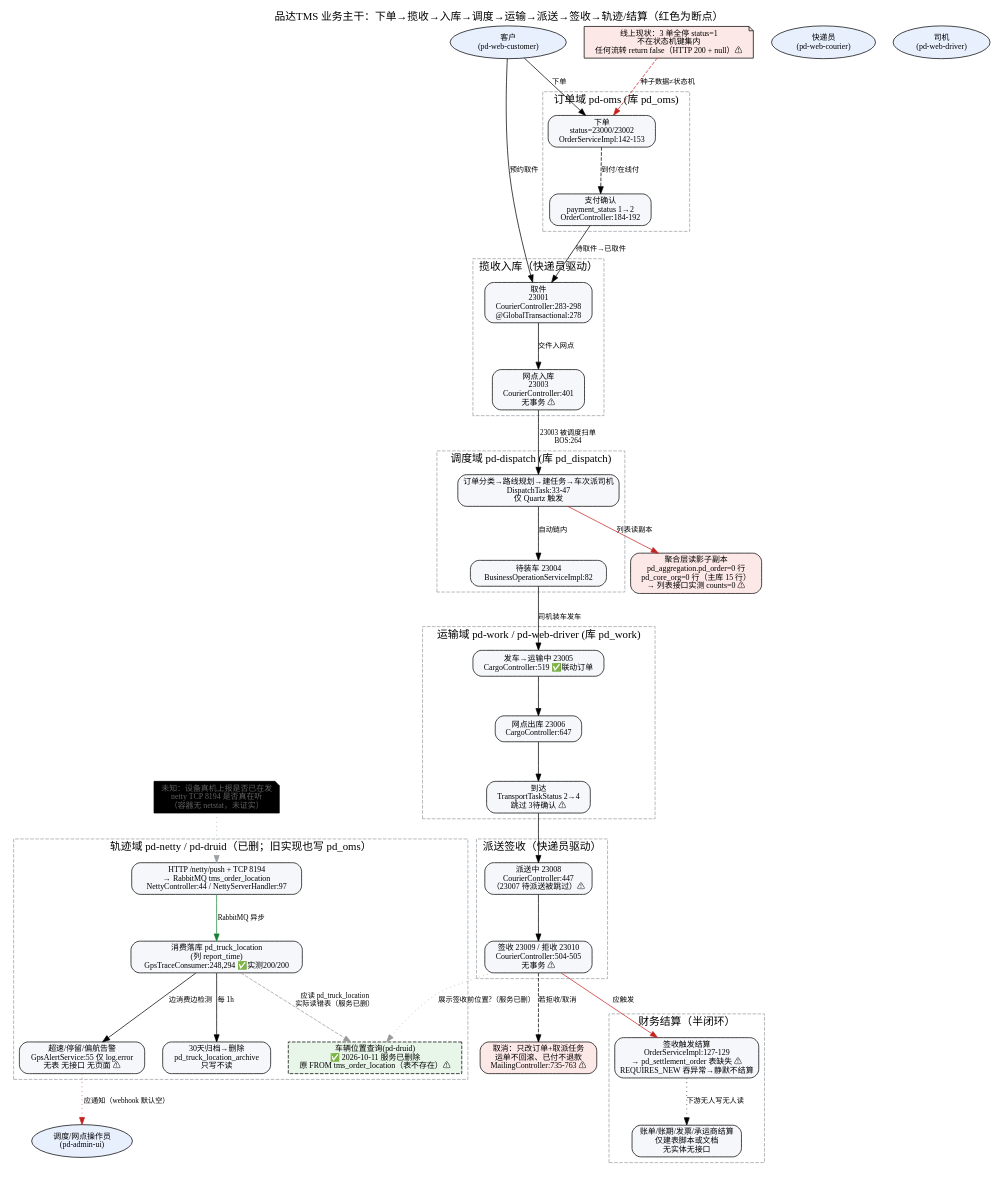
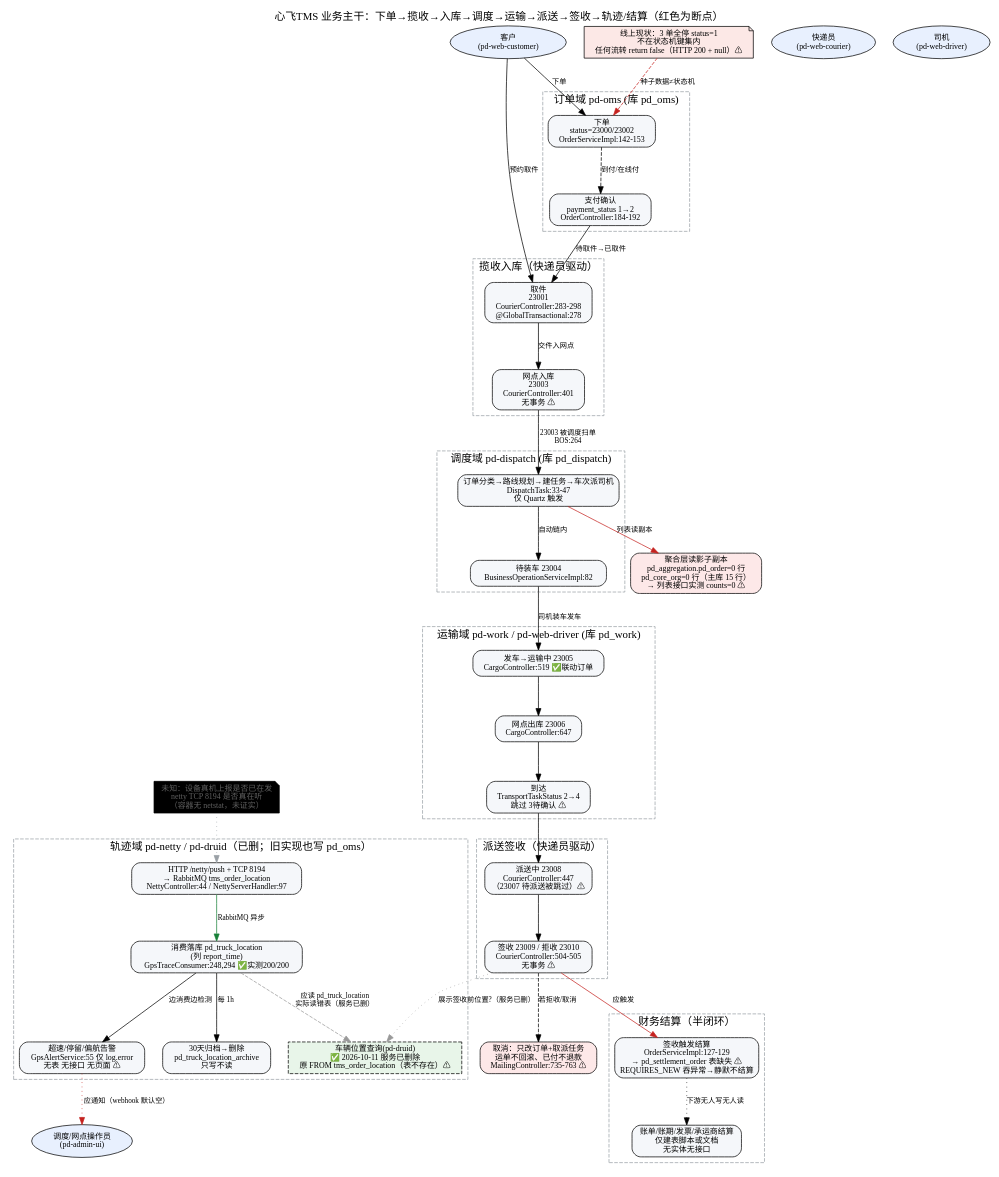
Before and after one commit to itxinfei/pinda-tms: the diagram in docs/architecture/business-flow.dot, drawn with Graphviz. The commit also changed 11 other files, not shown here.

```diff
--- a/docs/architecture/business-flow.dot
+++ b/docs/architecture/business-flow.dot
@@ -1,85 +1,85 @@
-// 🔴 2026-10-10 注：本图为重构前快照。数据库已由各域分库重构为单一物理库 pinda_tms（51 表）+ tenant_id 多租户；下方 cluster 标签里的"(库 pd_oms)"等旧库名仅作历史标注，业务流本身仍成立。现行库口径见 docs/02、《需求文档/45》。
-// 品达TMS 端到端业务流（current-state，证据标注版）· 重构前快照
+// 🔴 2026-10-10 注：本图为重构前快照。数据库已由各域分库重构为单一物理库 xinfei_tms（51 表）+ tenant_id 多租户；下方 cluster 标签里的"(库 pd_oms)"等旧库名仅作历史标注，业务流本身仍成立。现行库口径见 docs/02、《需求文档/45》。
+// 心飞TMS 端到端业务流（current-state，证据标注版）· 重构前快照
 // 生成：flow-visualizer + graphviz；基线 ecd6725 + 192.168.20.130 实测（2026-10-08）
 // 读法：实线=代码路径已证实；虚线=推断/待验证；点线=应发生但没有实现；
 //       红色节点=断点；灰色=线上无数据（该环节从未真实走通）
 digraph tms_business_flow {
   rankdir=TB;
   nodesep=0.35; ranksep=0.75;
   graph [fontname="Microsoft YaHei", labelloc=t, fontsize=15,
-         label="品达TMS 业务主干：下单→揽收→入库→调度→运输→派送→签收→轨迹/结算（红色为断点）"];
+         label="心飞TMS 业务主干：下单→揽收→入库→调度→运输→派送→签收→轨迹/结算（红色为断点）"];
   node  [fontname="Microsoft YaHei", fontsize=11, shape=box, style="rounded,filled", fillcolor="#f5f7fa"];
   edge  [fontname="Microsoft YaHei", fontsize=10];
 
   // ---------- 角色 ----------
   customer [label="客户\n(pd-web-customer)", shape=ellipse, fillcolor="#e8f0fe"];
   dispatcher [label="调度/网点操作员\n(pd-admin-ui)", shape=ellipse, fillcolor="#e8f0fe"];
   courier [label="快递员\n(pd-web-courier)", shape=ellipse, fillcolor="#e8f0fe"];
   driver [label="司机\n(pd-web-driver)", shape=ellipse, fillcolor="#e8f0fe"];
 
   // ---------- 主干业务步骤 ----------
   subgraph cluster_order { label="订单域 pd-oms (库 pd_oms)"; style=dashed; color="#9aa0a6";
     create [label="下单\nstatus=23000/23002\nOrderServiceImpl:142-153"];
     pay [label="支付确认\npayment_status 1→2\nOrderController:184-192"];
   }
   subgraph cluster_pickup { label="揽收入库（快递员驱动）"; style=dashed; color="#9aa0a6";
     picked [label="取件\n23001\nCourierController:283-298\n@GlobalTransactional:278"];
     inbound [label="网点入库\n23003\nCourierController:401\n无事务 ⚠"];
   }
   subgraph cluster_dispatch { label="调度域 pd-dispatch (库 pd_dispatch)"; style=dashed; color="#9aa0a6";
     classify [label="订单分类→路线规划→建任务→车次派司机\nDispatchTask:33-47\n仅 Quartz 触发"];
     toload [label="待装车 23004\nBusinessOperationServiceImpl:82"];
   }
   subgraph cluster_transit { label="运输域 pd-work / pd-web-driver (库 pd_work)"; style=dashed; color="#9aa0a6";
     depart [label="发车→运输中 23005\nCargoController:519 ✅联动订单"];
     exware [label="网点出库 23006\nCargoController:647"];
     arrive [label="到达\nTransportTaskStatus 2→4\n跳过 3待确认 ⚠"];
   }
   subgraph cluster_delivery { label="派送签收（快递员驱动）"; style=dashed; color="#9aa0a6";
     dispatching [label="派送中 23008\nCourierController:447\n（23007 待派送被跳过）⚠"];
     signed [label="签收 23009 / 拒收 23010\nCourierController:504-505\n无事务 ⚠"];
   }
   subgraph cluster_trace { label="轨迹域 pd-netty / pd-druid（已删；旧实现也写 pd_oms）"; style=dashed; color="#9aa0a6";
     gpsin [label="HTTP /netty/push + TCP 8194\n→ RabbitMQ tms_order_location\nNettyController:44 / NettyServerHandler:97"];
     store [label="消费落库 pd_truck_location\n(列 report_time)\nGpsTraceConsumer:248,294 ✅实测200/200"];
     alert [label="超速/停留/偏航告警\nGpsAlertService:55 仅 log.error\n无表 无接口 无页面 ⚠"];
     druid [label="车辆位置查询(pd-druid)\n✅ 2026-10-11 服务已删除\n原 FROM tms_order_location（表不存在）⚠", style="filled,dashed", fillcolor="#e8f5e9"];
     archive [label="30天归档→删除\npd_truck_location_archive\n只写不读"];
   }
   subgraph cluster_finance { label="财务结算（半闭环）"; style=dashed; color="#9aa0a6";
     settle [label="签收触发结算\nOrderServiceImpl:127-129\n→ pd_settlement_order 表缺失 ⚠\nREQUIRES_NEW 吞异常→静默不结算"];
     bills [label="账单/账期/发票/承运商结算\n仅建表脚本或文档\n无实体无接口"];
   }
 
   dead [label="聚合层读影子副本\npd_aggregation.pd_order=0 行\npd_core_org=0 行（主库 15 行）\n→ 列表接口实测 counts=0 ⚠",
         fillcolor="#fde8e8", shape=box];
   seed [label="线上现状：3 单全停 status=1\n不在状态机键集内\n任何流转 return false（HTTP 200 + null）⚠",
         fillcolor="#fce8e6", shape=note];
   refund [label="取消：只改订单+取派任务\n运单不回滚、已付不退款\nMailingController:735-763 ⚠", fillcolor="#fde8e8"];
   unkn [label="未知：设备真机上报是否已在发\nnetty TCP 8194 是否真在听\n（容器无 netstat，未证实）", shape=note, fillcolor="#eee", fontcolor="#606060"];
 
   // ---------- 主干流转（实线=已证实） ----------
   customer -> create [label="下单"];
   create -> pay [label="到付/在线付", style=dashed];
   customer -> picked [label="预约取件"];
   pay -> picked [label="待取件→已取件"];
   picked -> inbound [label="交件入网点"];
   inbound -> classify [label="23003 被调度扫单\nBOS:264"];
   classify -> toload [label="自动链内"];
   toload -> depart [label="司机装车发车"];
   depart -> exware -> arrive -> dispatching -> signed;
   signed -> settle [label="应触发", color="#c5221f"];
   signed -> druid [label="展示签收前位置?（服务已删）", style=dotted, color="#999999"];
 
   // ---------- 异步旁路 ----------
   gpsin -> store [label="RabbitMQ 异步", color="#188038"];
   store -> alert [label="边消费边检测"];
   store -> archive [label="每 1h"];
   store -> druid [label="应读 pd_truck_location\n实际读错表（服务已删）", color="#999999", style=dashed];
   alert -> dispatcher [label="应通知（webhook 默认空）", style=dotted, color="#c5221f"];
   settle -> bills [label="下游无人写无人读", style=dotted];
   signed -> refund [label="若拒收/取消", style=dashed];
   classify -> dead [label="列表读副本", color="#c5221f"];
   seed -> create [label="种子数据≠状态机", style=dashed, color="#c5221f"];
   unkn -> gpsin [style=dotted, color="#9aa0a6"];
 }
```
